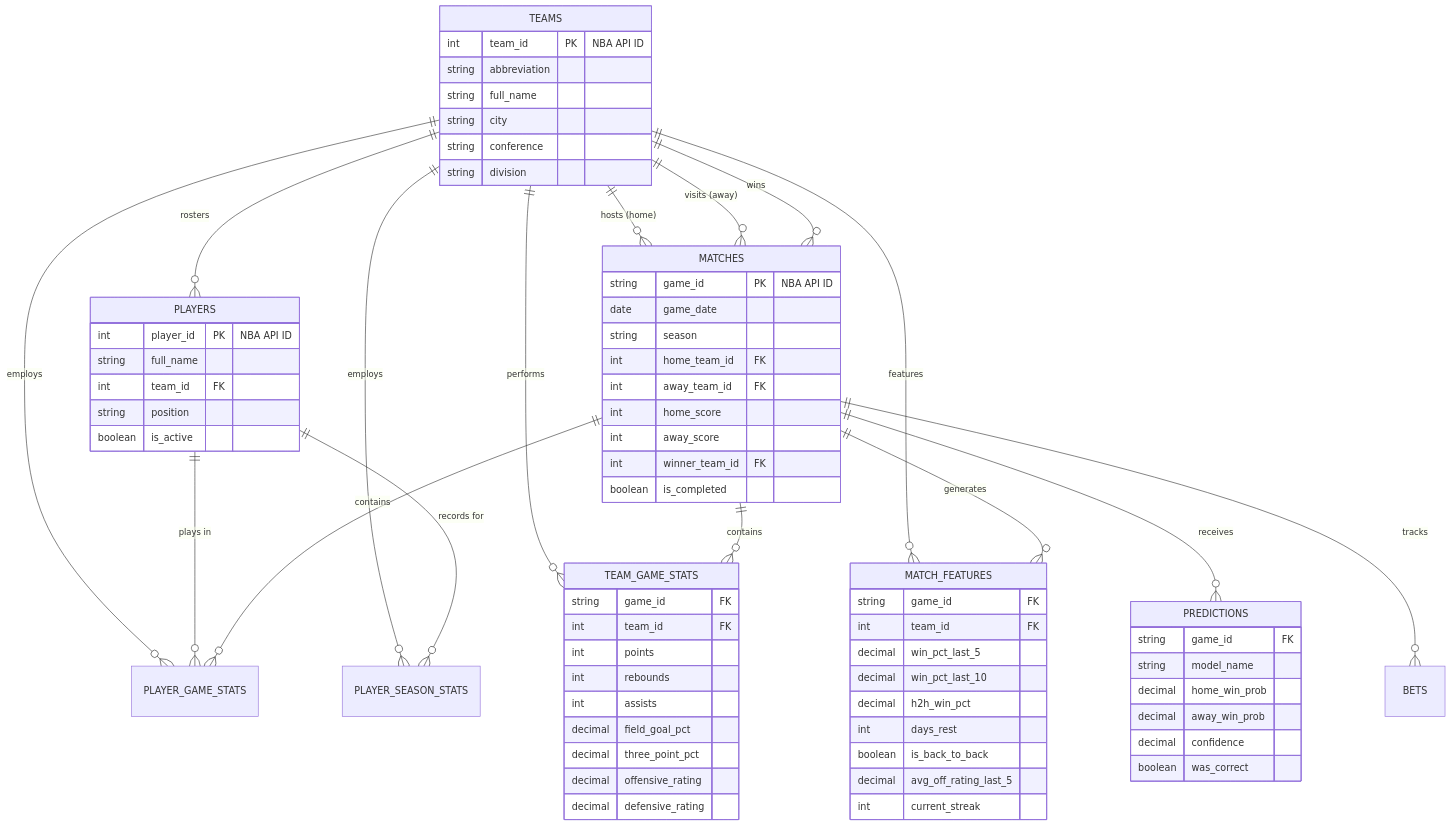
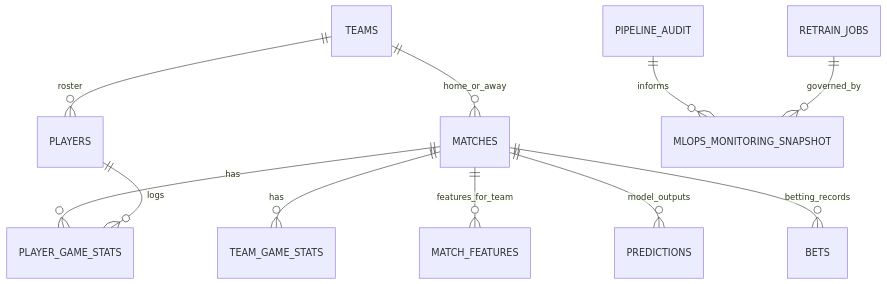
The diagram in docs/architecture/database-schema.md (Honeybadger-139/sports-analytics-intelligence), drawn with Mermaid before and after one commit. The commit also changed other lines of this file and 16 other files, not shown here.

````diff
--- a/docs/architecture/database-schema.md
+++ b/docs/architecture/database-schema.md
@@ -9,82 +15,15 @@
 ```mermaid
 erDiagram
-    TEAMS ||--o{ PLAYERS : rosters
-    TEAMS ||--o{ MATCHES : "hosts (home)"
-    TEAMS ||--o{ MATCHES : "visits (away)"
-    TEAMS ||--o{ MATCHES : "wins"
-    TEAMS ||--o{ TEAM_GAME_STATS : performs
-    TEAMS ||--o{ PLAYER_GAME_STATS : employs
-    TEAMS ||--o{ PLAYER_SEASON_STATS : employs
-    TEAMS ||--o{ MATCH_FEATURES : features
+    TEAMS ||--o{ PLAYERS : roster
+    TEAMS ||--o{ MATCHES : home_or_away
+    MATCHES ||--o{ TEAM_GAME_STATS : has
+    MATCHES ||--o{ PLAYER_GAME_STATS : has
+    PLAYERS ||--o{ PLAYER_GAME_STATS : logs
 
-    PLAYERS ||--o{ PLAYER_GAME_STATS : "plays in"
-    PLAYERS ||--o{ PLAYER_SEASON_STATS : "records for"
+    MATCHES ||--o{ MATCH_FEATURES : features_for_team
+    MATCHES ||--o{ PREDICTIONS : model_outputs
+    MATCHES ||--o{ BETS : betting_records
 
-    MATCHES ||--o{ TEAM_GAME_STATS : contains
-    MATCHES ||--o{ PLAYER_GAME_STATS : contains
-    MATCHES ||--o{ MATCH_FEATURES : generates
-    MATCHES ||--o{ PREDICTIONS : receives
-    MATCHES ||--o{ BETS : tracks
-
-    TEAMS {
-        int team_id PK "NBA API ID"
-        string abbreviation
-        string full_name
-        string city
-        string conference
-        string division
-    }
-
-    PLAYERS {
-        int player_id PK "NBA API ID"
-        string full_name
-        int team_id FK
-        string position
-        boolean is_active
-    }
-
-    MATCHES {
-        string game_id PK "NBA API ID"
-        date game_date
-        string season
-        int home_team_id FK
-        int away_team_id FK
-        int home_score
-        int away_score
-        int winner_team_id FK
-        boolean is_completed
-    }
-
-    TEAM_GAME_STATS {
-        string game_id FK
-        int team_id FK
-        int points
-        int rebounds
-        int assists
-        decimal field_goal_pct
-        decimal three_point_pct
-        decimal offensive_rating
-        decimal defensive_rating
-    }
-
-    MATCH_FEATURES {
-        string game_id FK
-        int team_id FK
-        decimal win_pct_last_5
-        decimal win_pct_last_10
-        decimal h2h_win_pct
-        int days_rest
-        boolean is_back_to_back
-        decimal avg_off_rating_last_5
-        int current_streak
-    }
-
-    PREDICTIONS {
-        string game_id FK
-        string model_name
-        decimal home_win_prob
-        decimal away_win_prob
-        decimal confidence
-        boolean was_correct
-    }
+    PIPELINE_AUDIT ||--o{ MLOPS_MONITORING_SNAPSHOT : informs
+    RETRAIN_JOBS ||--o{ MLOPS_MONITORING_SNAPSHOT : governed_by
 ```
````
